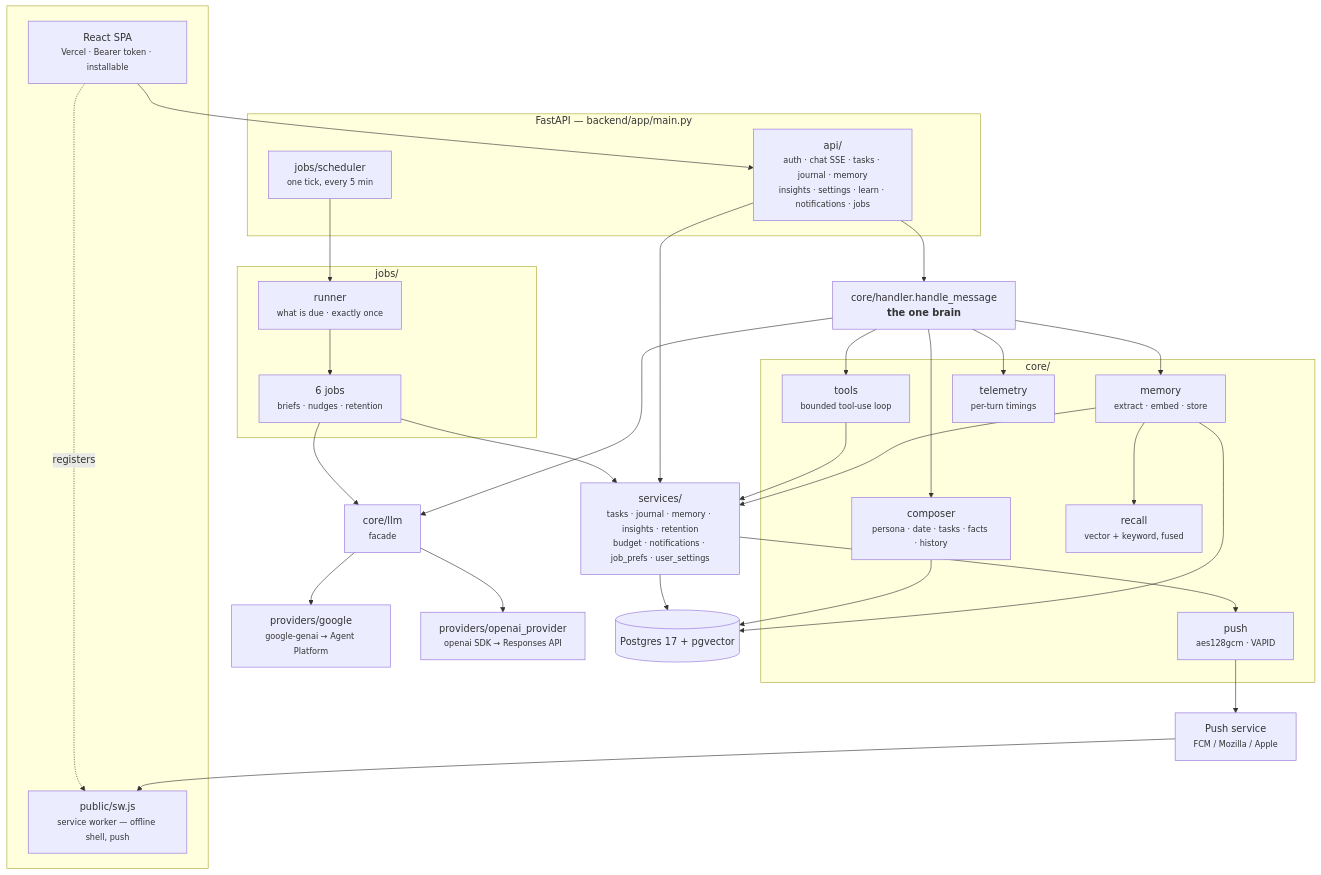
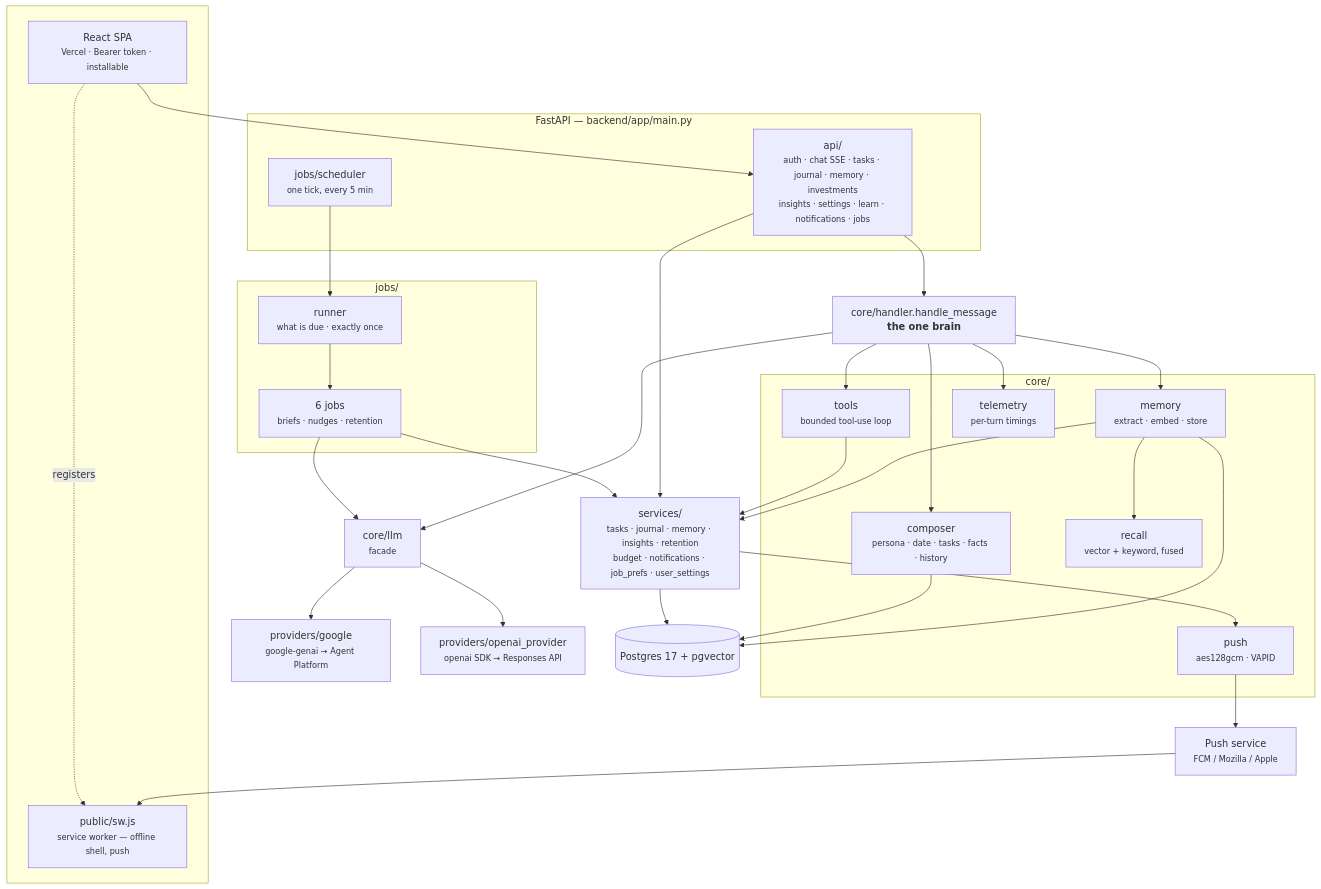
One commit to narendra632/aceroai changed the first of 11 diagrams in docs/ARCHITECTURE.md. Above: the diagram before and after it, drawn with Mermaid. The commit also changed other lines of this file and 45 other files, not shown here.

````diff
--- a/docs/ARCHITECTURE.md
+++ b/docs/ARCHITECTURE.md
@@ -28,53 +28,53 @@
 ```mermaid
 flowchart TB
     subgraph clients [" "]
         SPA["React SPA<br/><small>Vercel · Bearer token · installable</small>"]
         SW["public/sw.js<br/><small>service worker — offline shell, push</small>"]
     end
 
     PUSHSVC["Push service<br/><small>FCM / Mozilla / Apple</small>"]
 
     subgraph api ["FastAPI — backend/app/main.py"]
-        ROUTES["api/<br/><small>auth · chat SSE · tasks · journal · memory<br/>insights · settings · learn · notifications · jobs</small>"]
+        ROUTES["api/<br/><small>auth · chat SSE · tasks · journal · memory · investments<br/>insights · settings · learn · notifications · jobs</small>"]
         SCHED["jobs/scheduler<br/><small>one tick, every 5 min</small>"]
     end
 
     BRAIN["core/handler.handle_message<br/><b>the one brain</b>"]
 
     subgraph jobsbox ["jobs/"]
         RUNNER["runner<br/><small>what is due · exactly once</small>"]
         JOBSET["6 jobs<br/><small>briefs · nudges · retention</small>"]
     end
 
     subgraph brainparts ["core/"]
         COMP["composer<br/><small>persona · date · tasks · facts · history</small>"]
         TOOLS["tools<br/><small>bounded tool-use loop</small>"]
         MEM["memory<br/><small>extract · embed · store</small>"]
         REC["recall<br/><small>vector + keyword, fused</small>"]
         TEL["telemetry<br/><small>per-turn timings</small>"]
         PUSH["push<br/><small>aes128gcm · VAPID</small>"]
     end
 
     LLM["core/llm<br/><small>facade</small>"]
     GOOG["providers/google<br/><small>google-genai → Agent Platform</small>"]
     OAI["providers/openai_provider<br/><small>openai SDK → Responses API</small>"]
 
     SVC["services/<br/><small>tasks · journal · memory · insights · retention<br/>budget · notifications · job_prefs · user_settings</small>"]
     DB[("Postgres 17 + pgvector")]
 
     SPA --> ROUTES --> BRAIN
     SPA -.registers.-> SW
     SCHED --> RUNNER --> JOBSET
     JOBSET --> SVC
     JOBSET --> LLM
     BRAIN --> COMP & TOOLS & MEM & TEL
     MEM --> REC
     BRAIN --> LLM --> GOOG & OAI
     TOOLS --> SVC
     MEM --> SVC
     ROUTES --> SVC
     SVC --> PUSH --> PUSHSVC --> SW
     SVC --> DB
     COMP --> DB
     MEM --> DB
 ```
````
